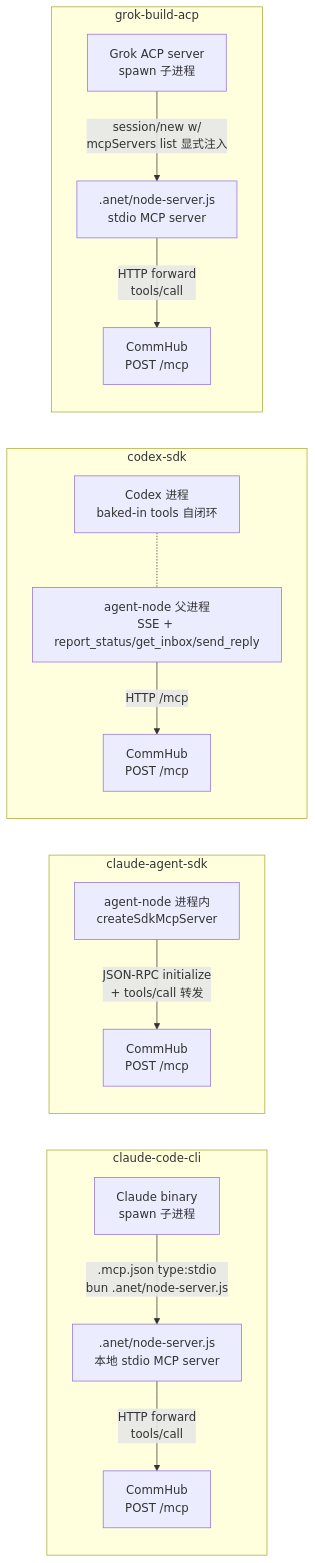
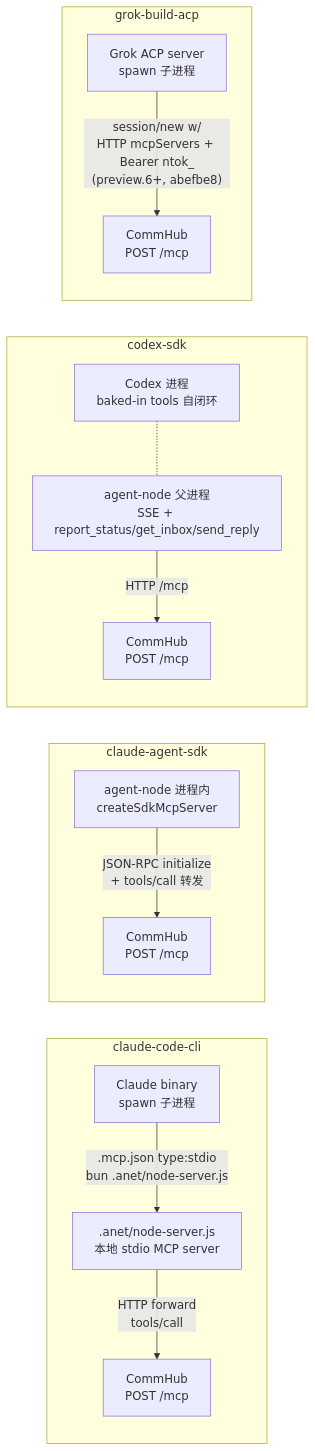
The sixth of 8 diagrams in docs-site/docs/guide/architecture.md (sleep2agi/agent-network), drawn with Mermaid before and after one commit. The commit also changed other lines of this file and 3 other files, not shown here.

````diff
--- a/docs-site/docs/guide/architecture.md
+++ b/docs-site/docs/guide/architecture.md
@@ -340,25 +340,24 @@
 ```mermaid
 flowchart LR
     subgraph "claude-code-cli"
         CC_BIN[Claude binary<br/>spawn 子进程]
         CC_BIN -->|".mcp.json type:stdio<br/>bun .anet/node-server.js"| LOCAL_PROXY[".anet/node-server.js<br/>本地 stdio MCP server"]
         LOCAL_PROXY -->|"HTTP forward<br/>tools/call"| HUB_MCP1[CommHub<br/>POST /mcp]
     end
 
     subgraph "claude-agent-sdk"
         SDK_PROC[agent-node 进程内<br/>createSdkMcpServer]
         SDK_PROC -->|"JSON-RPC initialize<br/>+ tools/call 转发"| HUB_MCP2[CommHub<br/>POST /mcp]
     end
 
     subgraph "codex-sdk"
         CODEX_PROC[Codex 进程<br/>baked-in tools 自闭环]
         CODEX_PROC -.- AGENT_NODE[agent-node 父进程<br/>SSE + report_status/get_inbox/send_reply]
         AGENT_NODE -->|"HTTP /mcp"| HUB_MCP3[CommHub<br/>POST /mcp]
     end
 
     subgraph "grok-build-acp"
         GROK_PROC[Grok ACP server<br/>spawn 子进程]
-        GROK_PROC -->|"session/new w/<br/>mcpServers list 显式注入"| GROK_PROXY[".anet/node-server.js<br/>stdio MCP server"]
-        GROK_PROXY -->|"HTTP forward<br/>tools/call"| HUB_MCP4[CommHub<br/>POST /mcp]
+        GROK_PROC -->|"session/new w/<br/>HTTP mcpServers + Bearer ntok_<br/>(preview.6+, abefbe8)"| HUB_MCP4[CommHub<br/>POST /mcp]
     end
 ```
````
